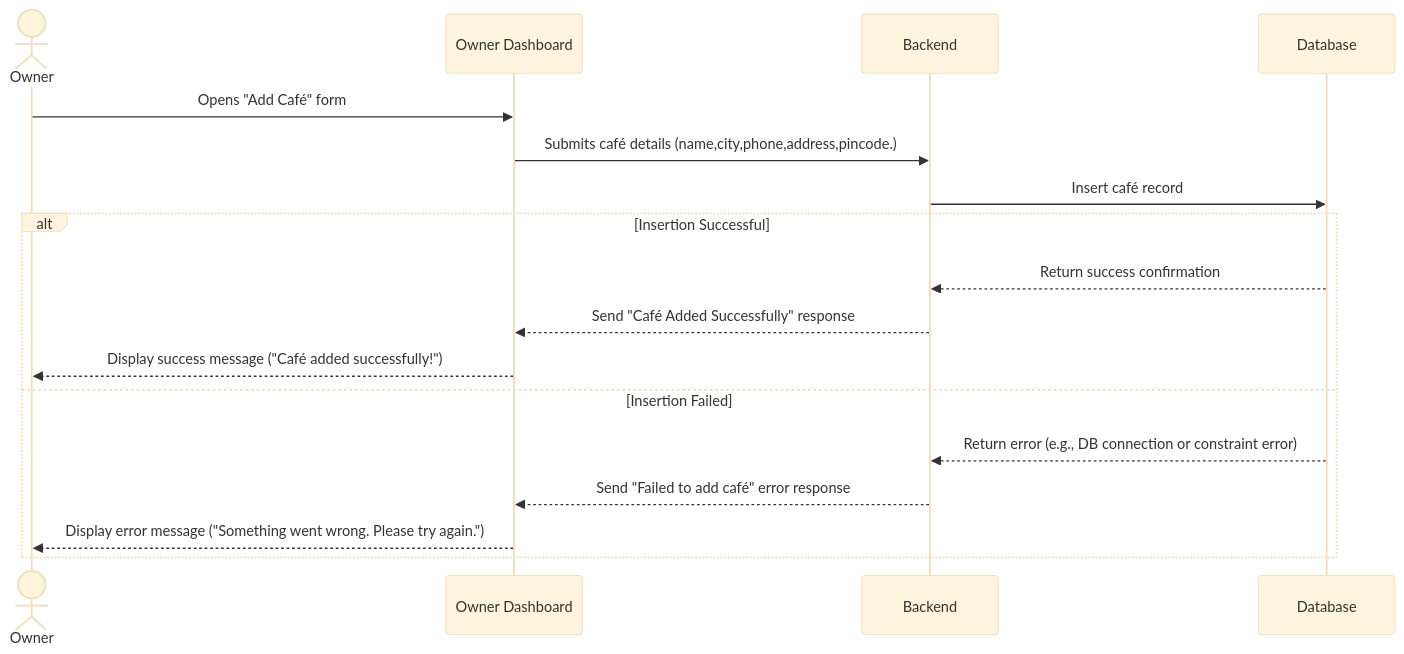
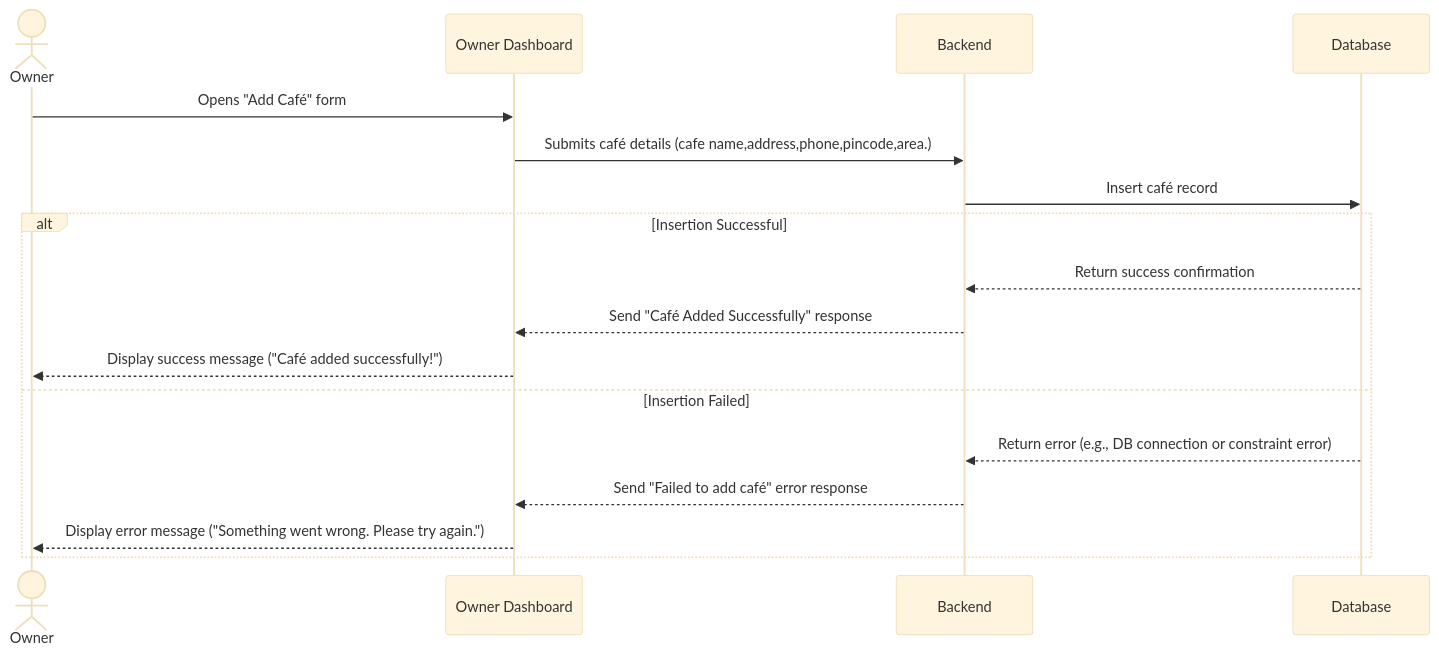
One commit to yuvrajsingh-Gkmit/gamegrid-docs changed the fifth of 8 diagrams in docs/index.md. Above: the diagram before and after it, drawn with Mermaid. The commit also changed other lines of this file, not shown here.

Commit message:
fix: refine documentation for café management features and update variable names for clarity

````diff
--- a/docs/index.md
+++ b/docs/index.md
@@ -642,23 +639,23 @@
 ```mermaid
 %%{init: {'theme':'base', 'themeVariables': { 'fontSize':'18px', 'fontFamily':'Arial'}}}%%
 sequenceDiagram
     actor Owner
     participant UI as Owner Dashboard
     participant API as Backend
     participant DB as Database
 
     Owner->>UI: Opens "Add Café" form
-    UI->>API: Submits café details (name,city,phone,address,pincode.)
+    UI->>API: Submits café details (cafe name,address,phone,pincode,area.)
     API->>DB: Insert café record 
     
     alt Insertion Successful
         DB-->>API: Return success confirmation
         API-->>UI: Send "Café Added Successfully" response
         UI-->>Owner: Display success message ("Café added successfully!")
     else Insertion Failed
         DB-->>API: Return error (e.g., DB connection or constraint error)
         API-->>UI: Send "Failed to add café" error response
         UI-->>Owner: Display error message ("Something went wrong. Please try again.")
     end
 
 ```
````
